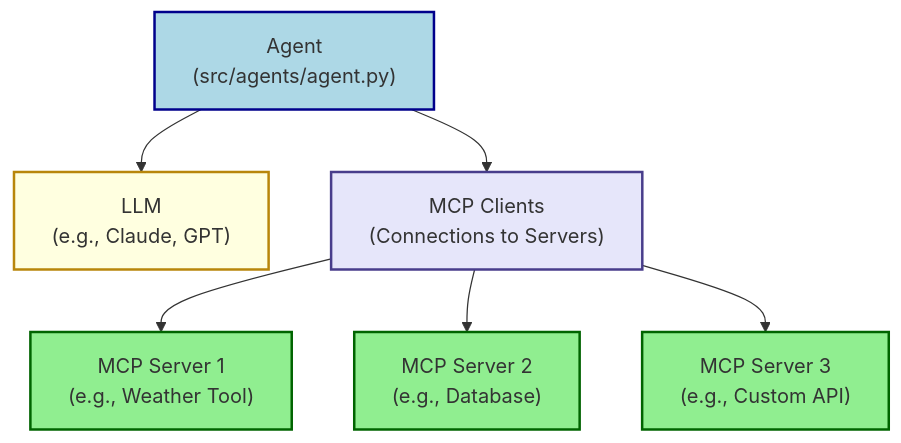
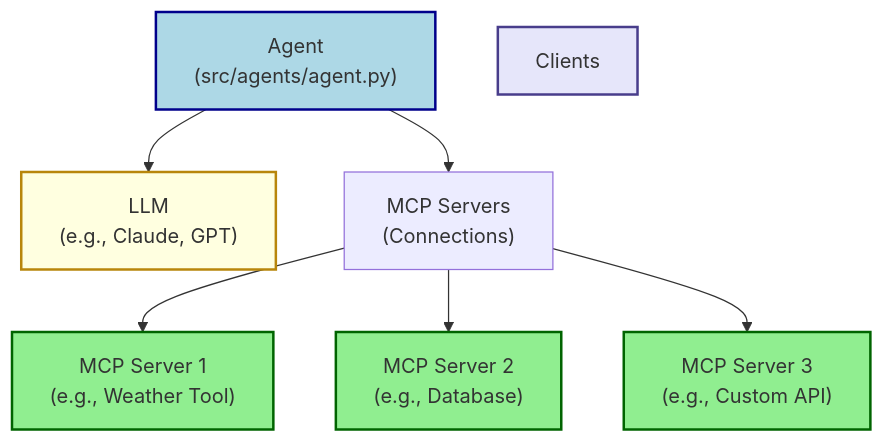
The second of 3 diagrams in README.md (Aurite-ai/aurite-agents), drawn with Mermaid before and after one commit. The commit also changed other lines of this file and 13 other files, not shown here.

Commit message:
updated all documentation to use the new mcp server terminology, including USC tutorials

````diff
--- a/README.md
+++ b/README.md
@@ -54,16 +54,16 @@
     ```mermaid
     graph TD
         Agent["Agent <br/> (src/agents/agent.py)"] --> LLM["LLM <br/> (e.g., Claude, GPT)"];
-        Agent --> Clients["MCP Clients <br/> (Connections to Servers)"];
+        Agent --> MCP_Servers["MCP Servers <br/> (Connections)"];
 
-        Clients --> MCP1["MCP Server 1 <br/> (e.g., Weather Tool)"];
-        Clients --> MCP2["MCP Server 2 <br/> (e.g., Database)"];
-        Clients --> MCP3["MCP Server 3 <br/> (e.g., Custom API)"];
+        MCP_Servers --> MCP1["MCP Server 1 <br/> (e.g., Weather Tool)"];
+        MCP_Servers --> MCP2["MCP Server 2 <br/> (e.g., Database)"];
+        MCP_Servers --> MCP3["MCP Server 3 <br/> (e.g., Custom API)"];
 
         style Agent fill:#ADD8E6,stroke:#00008B,stroke-width:2px,color:#333333
         style LLM fill:#FFFFE0,stroke:#B8860B,stroke-width:2px,color:#333333
         style Clients fill:#E6E6FA,stroke:#483D8B,stroke-width:2px,color:#333333
         style MCP1 fill:#90EE90,stroke:#006400,stroke-width:2px,color:#333333
         style MCP2 fill:#90EE90,stroke:#006400,stroke-width:2px,color:#333333
         style MCP3 fill:#90EE90,stroke:#006400,stroke-width:2px,color:#333333
     ```
````
